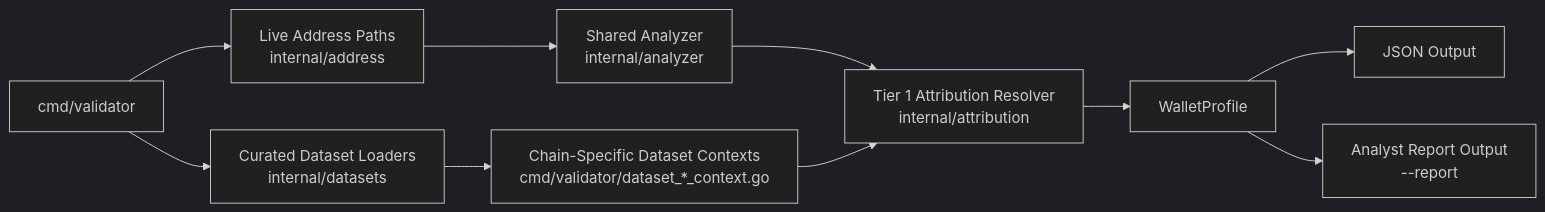
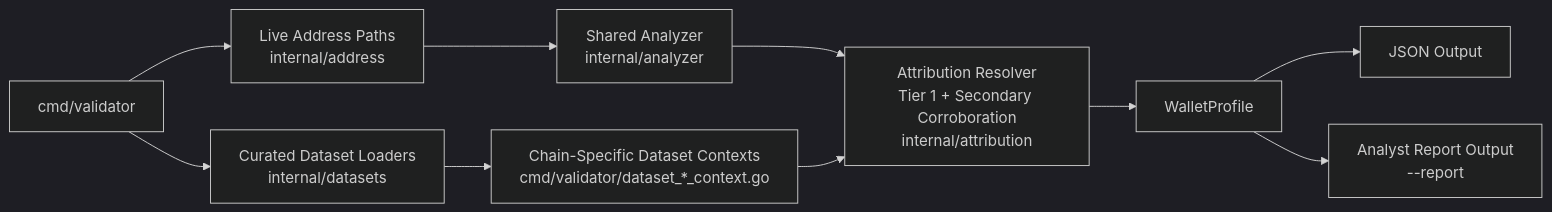
The first of 2 diagrams in ARCHITECTURE.md (piyushdaiya/crypto-profiler), drawn with Mermaid (dark theme) before and after one commit. The commit also changed other lines of this file and 17 other files, not shown here.

Commit message:
feat: add bounded secondary attribution corroboration and report context

````diff
--- a/ARCHITECTURE.md
+++ b/ARCHITECTURE.md
@@ -122,12 +127,12 @@
 ```mermaid
 flowchart LR
     A["cmd/validator"] --> B["Live Address Paths<br/>internal/address"]
     A --> C["Curated Dataset Loaders<br/>internal/datasets"]
     B --> D["Shared Analyzer<br/>internal/analyzer"]
     C --> E["Chain-Specific Dataset Contexts<br/>cmd/validator/dataset_*_context.go"]
-    D --> F["Tier 1 Attribution Resolver<br/>internal/attribution"]
+    D --> F["Attribution Resolver<br/>Tier 1 + Secondary Corroboration<br/>internal/attribution"]
     E --> F
     F --> G["WalletProfile"]
     G --> H["JSON Output"]
     G --> I["Analyst Report Output<br/>--report"]
 ```
````
